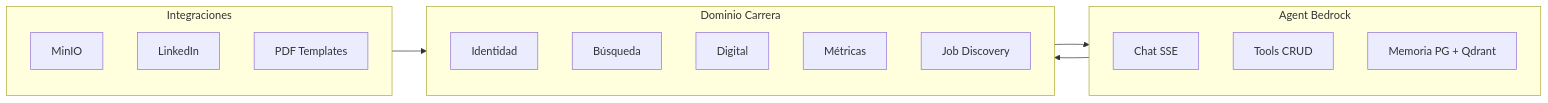
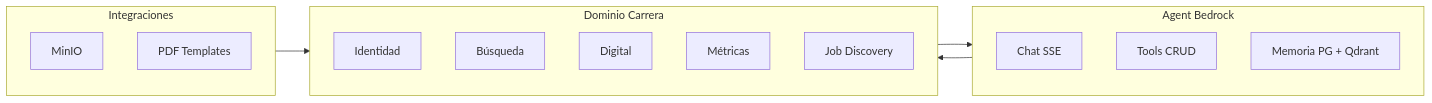
The second of 5 diagrams in cjhirashi-career-api/docs/ARCHITECTURE.md (cjhirashi/cjhirashi-career), drawn with Mermaid before and after one commit. The commit also changed other lines of this file and 59 other files, not shown here.

````diff
--- a/cjhirashi-career-api/docs/ARCHITECTURE.md
+++ b/cjhirashi-career-api/docs/ARCHITECTURE.md
@@ -185,26 +182,25 @@
 ```mermaid
 graph LR
     subgraph Career["Dominio Carrera"]
         ID[Identidad]
         SR[Búsqueda]
         DG[Digital]
         MT[Métricas]
         JD[Job Discovery]
     end
 
     subgraph Agent["Agent Bedrock"]
         Chat[Chat SSE]
         Tools[Tools CRUD]
         Mem[Memoria PG + Qdrant]
     end
 
     subgraph Integrations["Integraciones"]
         Files[MinIO]
-        LI[LinkedIn]
         PDF[PDF Templates]
     end
 
     Career --> Agent
     Agent --> Career
     Integrations --> Career
 ```
````
